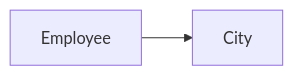
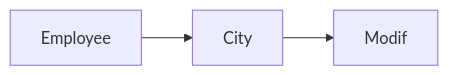
One commit to MickC0/mermaid_test changed the diagram in mermaid.md. Above: the diagram before and after it, drawn with Mermaid.

Commit message:
test modif diagram

````diff
--- a/mermaid.md
+++ b/mermaid.md
@@ -1,4 +1,4 @@
 ```mermaid
 flowchart LR
-    Employee --> City
+    Employee --> City --> Modif
 ```
````
